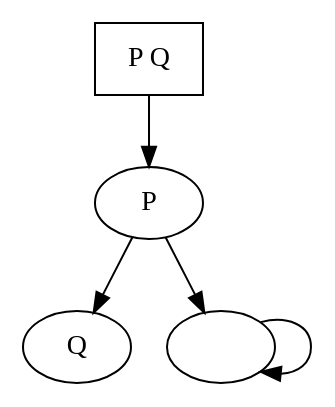
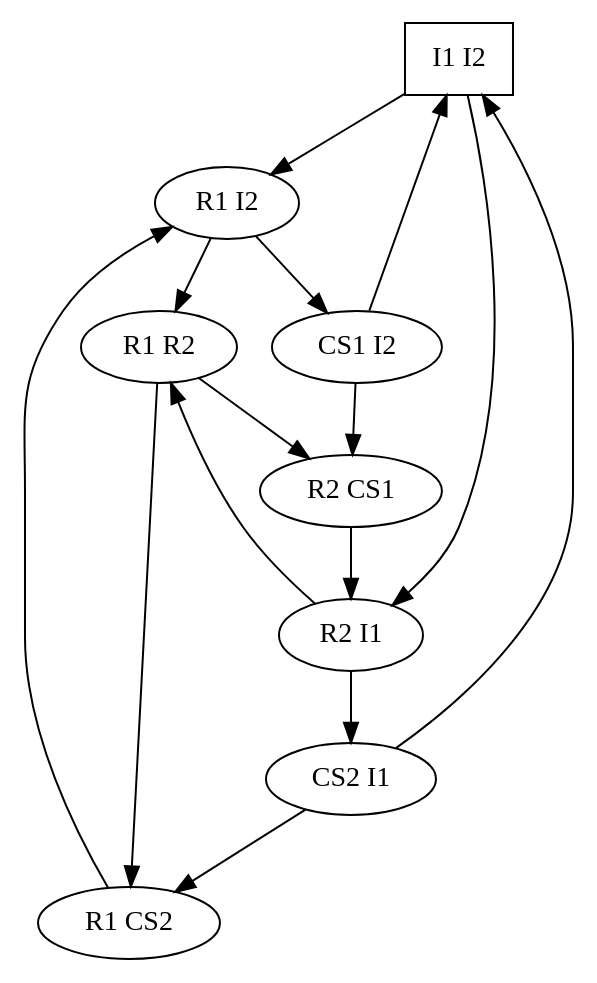
Before and after one commit to f-musa/ctl-model-checker: the diagram in example.dot, drawn with Graphviz. The commit also changed 5 other files, not shown here.

```diff
--- a/example.dot
+++ b/example.dot
@@ -1,15 +1,31 @@
-digraph mon_systeme {
-/* Liste des n÷uds avec leurs labels séparés par des espaces */
-q1 [label =" P Q "];
-q2 [label =" P "];
-q3 [label =" Q "];
-q4 [label =""];
+// Exemple du cours (mutual exclusion)
+digraph mutex_cours {
+	/* Liste des nœuds avec leurs labels séparés par des espaces */
+	s0 [label="I1 I2"];
+	s1 [label="R1 I2"];
+	s2 [label="R2 I1"];
+	s3 [label="R1 R2"];
+	s4 [label="CS1 I2"];
+	s5 [label="CS2 I1"];
+	s6 [label="R2 CS1"];
+	s7 [label="R1 CS2"];
 
- /* Un seul n÷ud initial */
-q1 [ shape = box ];
+	/* Un seul nœud initial */
+	s0 [shape=box];
 
-/* Transitions */
-q1 -> q2 -> q3 ;
-q2 -> q4 ;
-q4 -> q4 ;
+	/* Transitions */
+    s0 -> s1;
+    s0 -> s2;
+    s1 -> s3;
+    s1 -> s4;
+    s2 -> s3;
+    s2 -> s5;
+    s3 -> s6;
+    s3 -> s7;
+    s4 -> s0;
+    s4 -> s6;
+    s5 -> s0;
+    s5 -> s7;
+    s6 -> s2;
+    s7 -> s1;
 }
```
